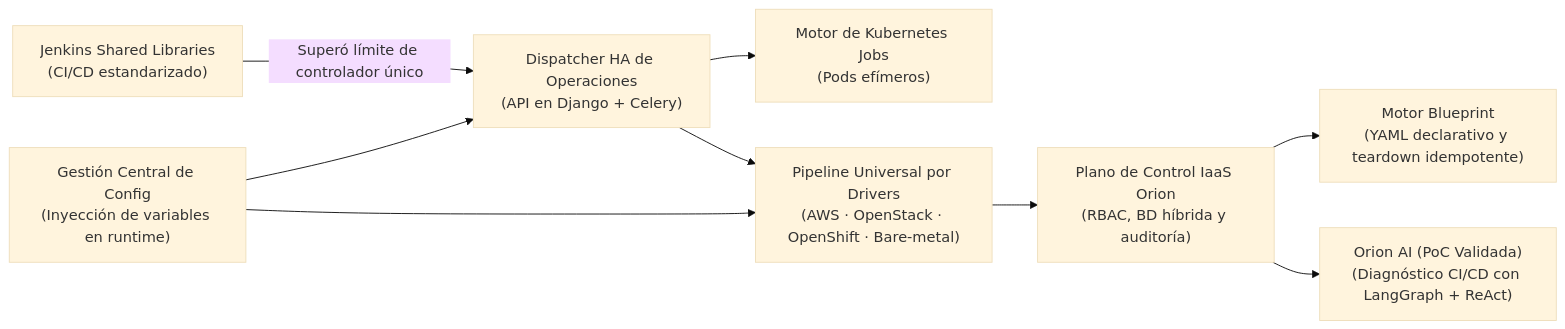
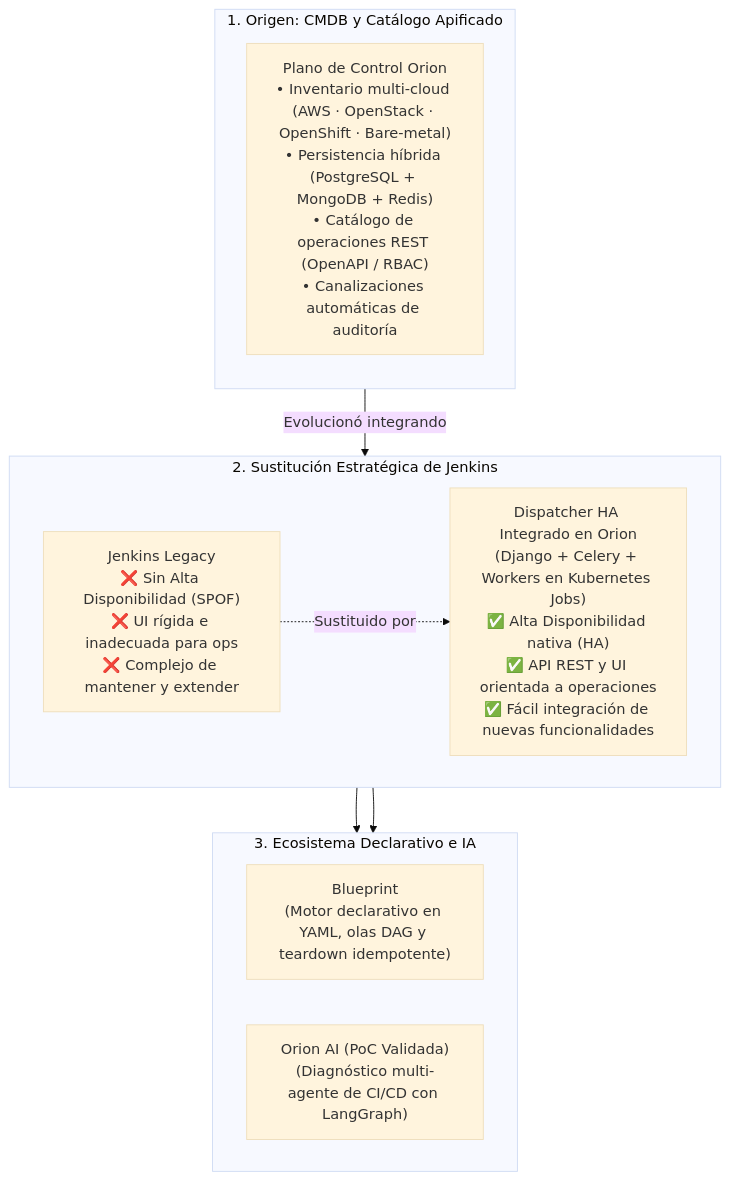
The diagram in docs_es/index.md (oredondo/oredondo.github.io), drawn with Mermaid (base theme) before and after one commit. The commit also changed other lines of this file and 3 other files, not shown here.

Commit message:
docs: clarify Orion architectural evolution from CMDB/catalog to HA Dispatcher replacing Jenkins

````diff
--- a/docs_es/index.md
+++ b/docs_es/index.md
@@ -52,10 +57,21 @@
 ```mermaid
-flowchart LR
-    JSL["Jenkins Shared Libraries<br/>(CI/CD estandarizado)"] -->|"Superó límite de controlador único"| DISP["Dispatcher HA de Operaciones<br/>(API en Django + Celery)"]
-    CFG["Gestión Central de Config<br/>(Inyección de variables en runtime)"] --> DISP & PIPE
-    DISP --> K8S["Motor de Kubernetes Jobs<br/>(Pods efímeros)"]
-    DISP --> PIPE["Pipeline Universal por Drivers<br/>(AWS · OpenStack · OpenShift · Bare-metal)"]
-    PIPE --> ORION["Plano de Control IaaS Orion<br/>(RBAC, BD híbrida y auditoría)"]
-    ORION --> BP["Motor Blueprint<br/>(YAML declarativo y teardown idempotente)"]
-    ORION --> AI["Orion AI (PoC Validada)<br/>(Diagnóstico CI/CD con LangGraph + ReAct)"]
+flowchart TD
+    subgraph Origen["1. Origen: CMDB y Catálogo Apificado"]
+        direction TB
+        CMDB["Plano de Control Orion<br/>• Inventario multi-cloud (AWS · OpenStack · OpenShift · Bare-metal)<br/>• Persistencia híbrida (PostgreSQL + MongoDB + Redis)<br/>• Catálogo de operaciones REST (OpenAPI / RBAC)<br/>• Canalizaciones automáticas de auditoría"]
+    end
+
+    subgraph Sustitucion["2. Sustitución Estratégica de Jenkins"]
+        direction LR
+        JNK["Jenkins Legacy<br/>❌ Sin Alta Disponibilidad (SPOF)<br/>❌ UI rígida e inadecuada para ops<br/>❌ Complejo de mantener y extender"] -.->|"Sustituido por"| DISP["Dispatcher HA Integrado en Orion<br/>(Django + Celery + Workers en Kubernetes Jobs)<br/>✅ Alta Disponibilidad nativa (HA)<br/>✅ API REST y UI orientada a operaciones<br/>✅ Fácil integración de nuevas funcionalidades"]
+    end
+
+    subgraph Expansion["3. Ecosistema Declarativo e IA"]
+        direction LR
+        BP["Blueprint<br/>(Motor declarativo en YAML, olas DAG y teardown idempotente)"]
+        AI["Orion AI (PoC Validada)<br/>(Diagnóstico multi-agente de CI/CD con LangGraph)"]
+    end
+
+    CMDB -->|"Evolucionó integrando"| DISP
+    DISP --> BP & AI
 ```
````
